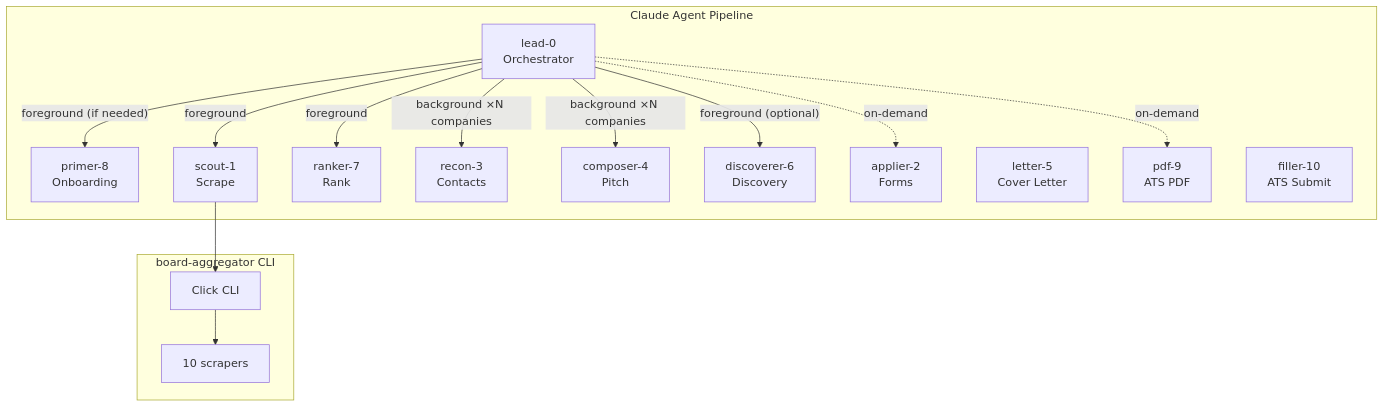
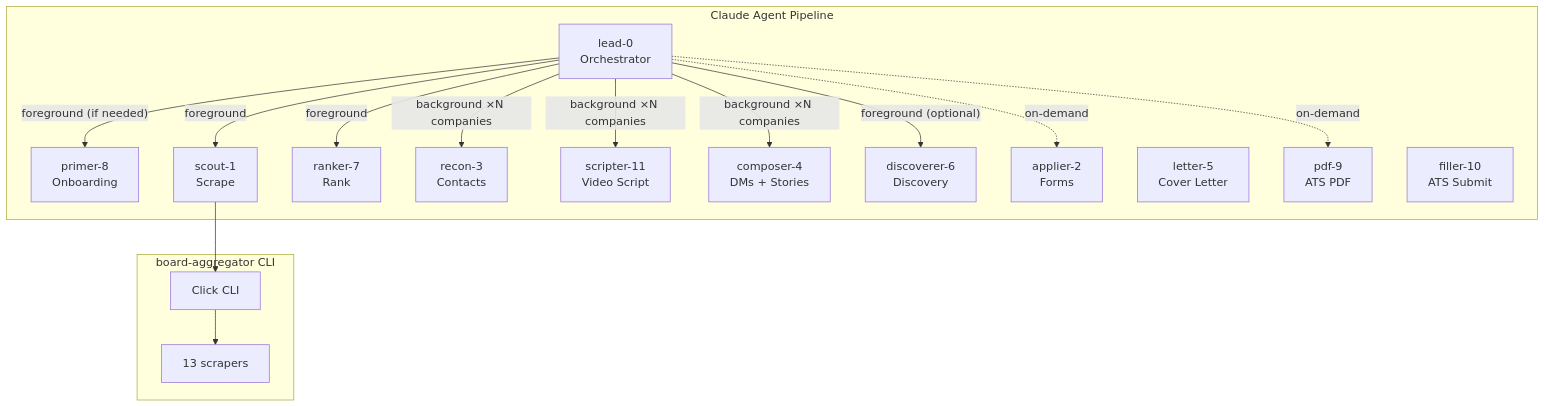
One commit to 0xquinto/agent-job-research changed the diagram in README.md. Above: the diagram before and after it, drawn with Mermaid. The commit also changed other lines of this file, not shown here.

Commit message:
docs(readme): refresh board count to 13 and split Phase 4 between scripter-11 and composer-4

````diff
--- a/README.md
+++ b/README.md
@@ -50,32 +50,34 @@
 ```mermaid
 graph TB
     subgraph Pipeline["Claude Agent Pipeline"]
         Lead[lead-0<br/>Orchestrator]
         Primer[primer-8<br/>Onboarding]
         Scout[scout-1<br/>Scrape]
         Ranker[ranker-7<br/>Rank]
         Recon[recon-3<br/>Contacts]
-        Composer[composer-4<br/>Pitch]
+        Scripter[scripter-11<br/>Video Script]
+        Composer[composer-4<br/>DMs + Stories]
         Discoverer[discoverer-6<br/>Discovery]
         Applier[applier-2<br/>Forms]
         Letter[letter-5<br/>Cover Letter]
         PDF[pdf-9<br/>ATS PDF]
         Filler[filler-10<br/>ATS Submit]
     end
 
     subgraph Scraper["board-aggregator CLI"]
         CLI[Click CLI]
-        Scrapers["10 scrapers"]
+        Scrapers["13 scrapers"]
     end
 
     Lead -->|"foreground (if needed)"| Primer
     Lead -->|foreground| Scout
     Lead -->|foreground| Ranker
     Lead -->|"background ×N companies"| Recon
+    Lead -->|"background ×N companies"| Scripter
     Lead -->|"background ×N companies"| Composer
     Lead -->|"foreground (optional)"| Discoverer
     Lead -.->|on-demand| Applier
     Lead -.->|on-demand| PDF
     Scout --> CLI
     CLI --> Scrapers
 ```
````
